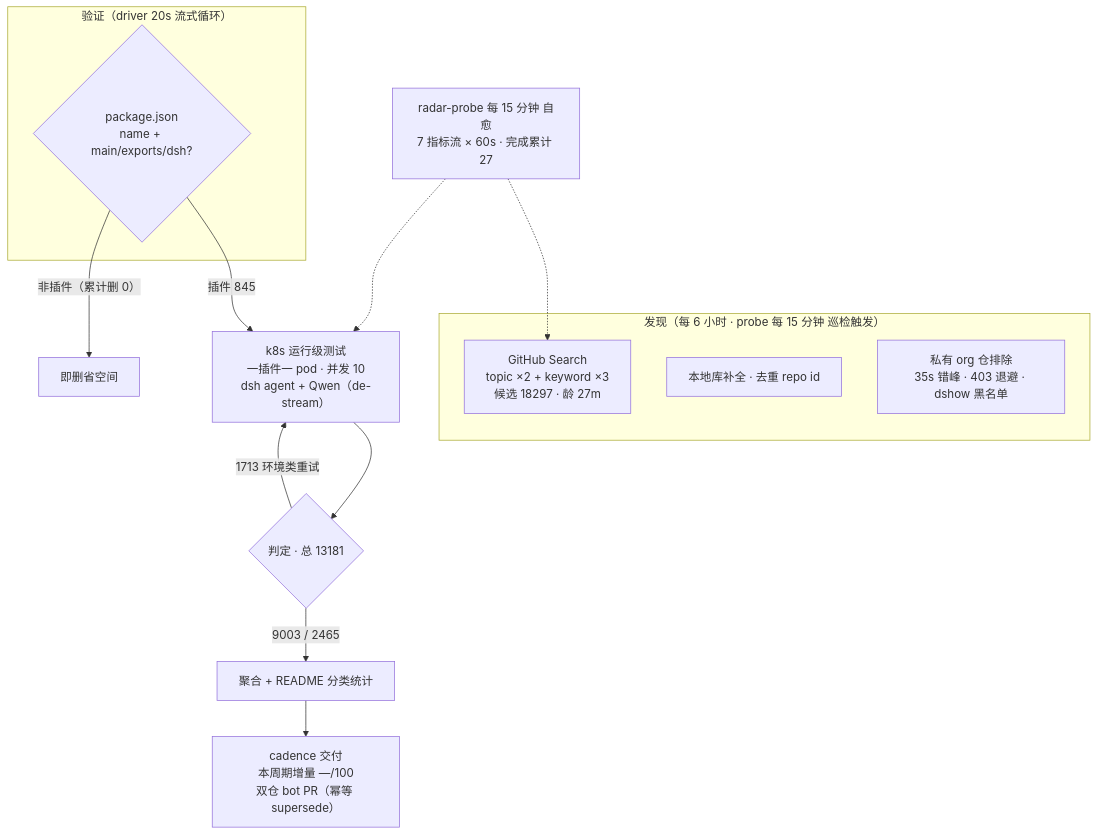
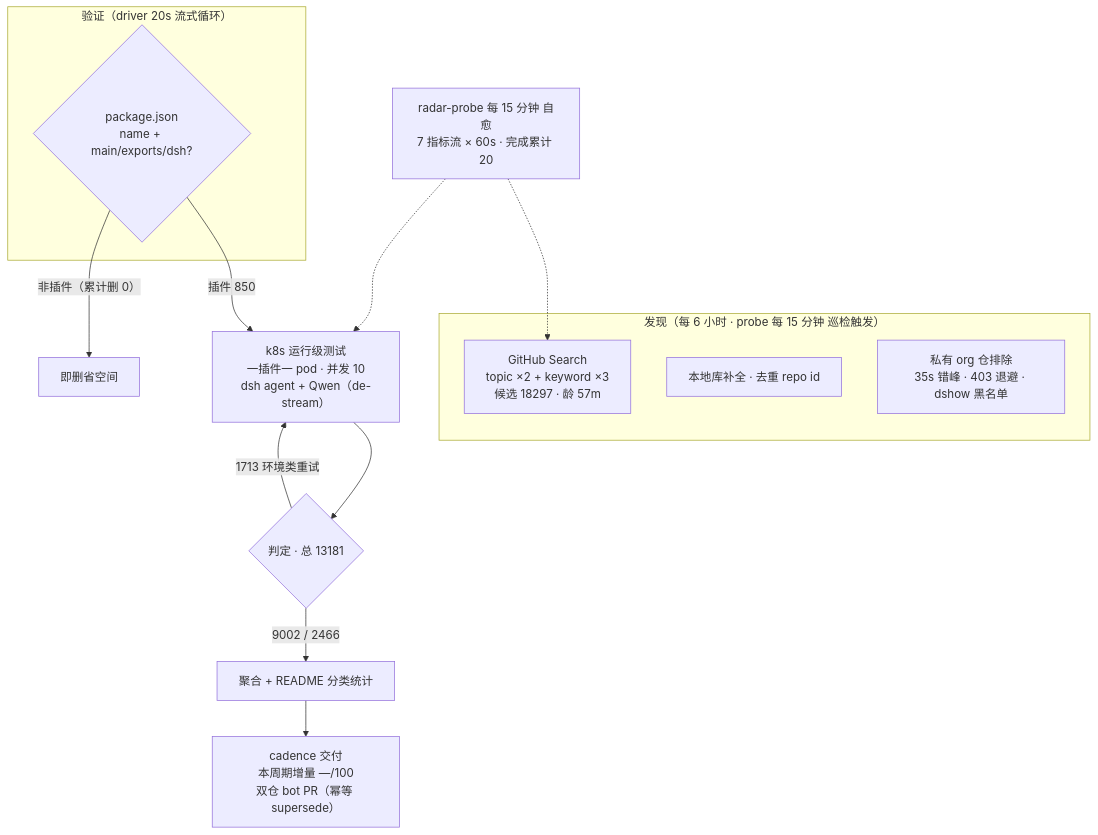
The diagram in README.md (AdamPlatin123/awesome-dsh-plugins), drawn with Mermaid before and after one commit. The commit also changed other lines of this file and 5 other files, not shown here.

````diff
--- a/README.md
+++ b/README.md
@@ -52,20 +52,20 @@
 ```mermaid
 flowchart TB
     subgraph Discovery["发现（每 6 小时 · probe 每 15 分钟 巡检触发）"]
-        A1["GitHub Search<br/>topic ×2 + keyword ×3<br/>候选 18297 · 龄 27m"]
+        A1["GitHub Search<br/>topic ×2 + keyword ×3<br/>候选 18297 · 龄 57m"]
         A2["本地库补全 · 去重 repo id"]
         A3["私有 org 仓排除<br/>35s 错峰 · 403 退避 · dshow 黑名单"]
     end
     subgraph Validation["验证（driver 20s 流式循环）"]
         B1{"package.json<br/>name + main/exports/dsh?"}
     end
-    B1 -->|"插件 845"| C1["k8s 运行级测试<br/>一插件一 pod · 并发 10<br/>dsh agent + Qwen（de-stream）"]
+    B1 -->|"插件 850"| C1["k8s 运行级测试<br/>一插件一 pod · 并发 10<br/>dsh agent + Qwen（de-stream）"]
     B1 -->|"非插件（累计删 0）"| B3["即删省空间"]
     C1 --> D1{"判定 · 总 13181"}
-    D1 -->|"9003 / 2465"| E1["聚合 + README 分类统计"]
+    D1 -->|"9002 / 2466"| E1["聚合 + README 分类统计"]
     D1 -->|"1713 环境类重试"| C1
     E1 --> E2["cadence 交付<br/>本周期增量 —/100<br/>双仓 bot PR（幂等 supersede）"]
-    M["radar-probe 每 15 分钟 自愈<br/>7 指标流 × 60s · 完成累计 27"]
+    M["radar-probe 每 15 分钟 自愈<br/>7 指标流 × 60s · 完成累计 20"]
     M -.-> A1
     M -.-> C1
 ```
````
